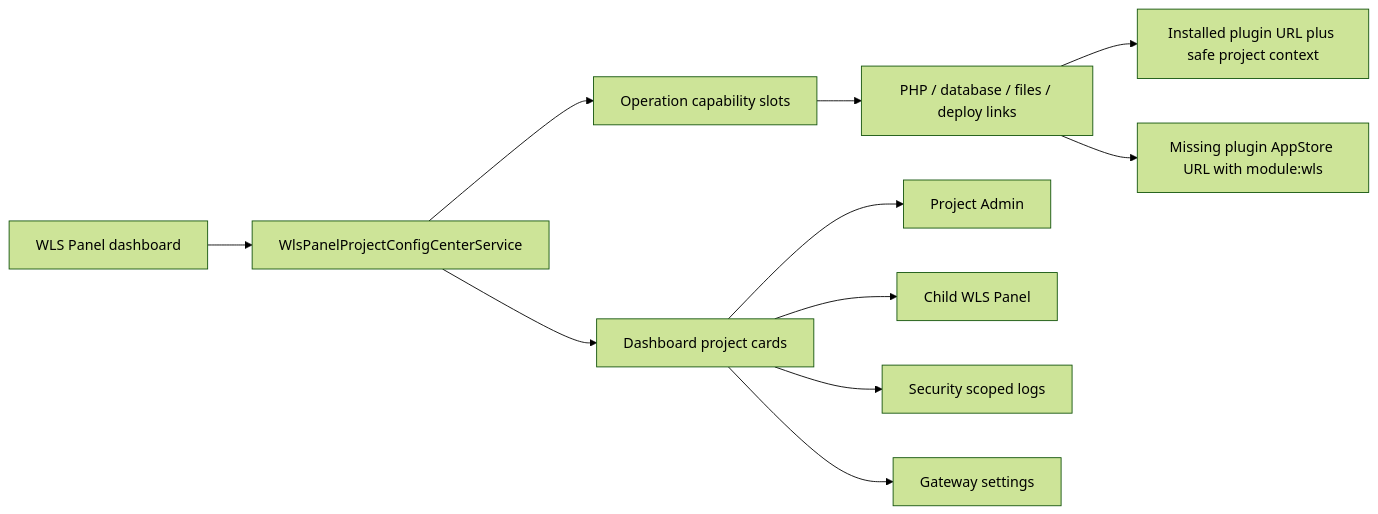
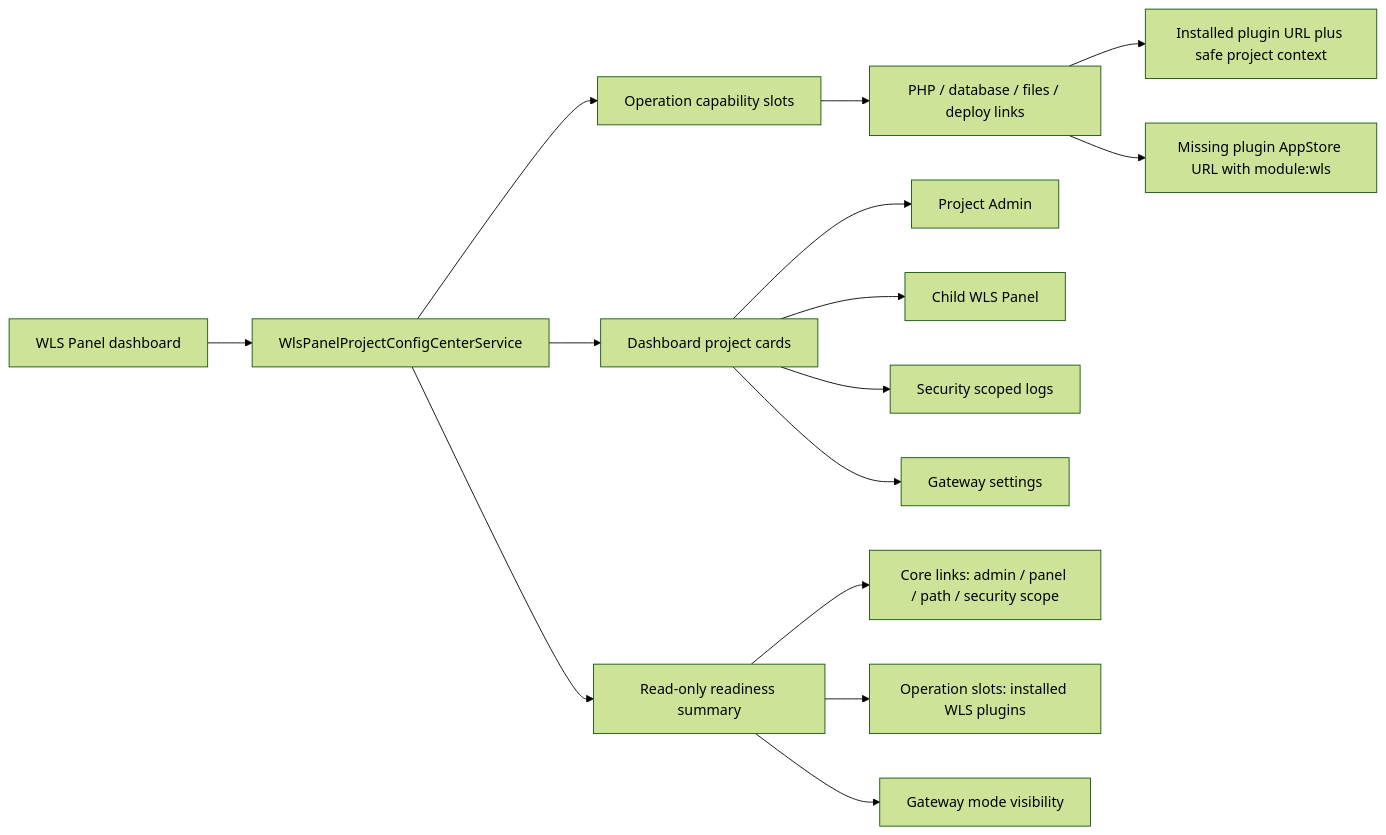
One commit to Aiweline/WelineFramework changed diagram 29 of 38 in app/code/Weline/Server/doc/wls-panel-plan/10-prototype.md. Above: the diagram before and after it, drawn with Mermaid (forest theme). The commit also changed other lines of this file and 225 other files, not shown here.

````diff
--- a/app/code/Weline/Server/doc/wls-panel-plan/10-prototype.md
+++ b/app/code/Weline/Server/doc/wls-panel-plan/10-prototype.md
@@ -1452,13 +1491,17 @@
 ```mermaid
 flowchart LR
   A["WLS Panel dashboard"] --> B["WlsPanelProjectConfigCenterService"]
   B --> C["Dashboard project cards"]
   B --> D["Operation capability slots"]
+  B --> R["Read-only readiness summary"]
   D --> E["PHP / database / files / deploy links"]
   C --> F["Project Admin"]
   C --> G["Child WLS Panel"]
   C --> H["Security scoped logs"]
   C --> I["Gateway settings"]
+  R --> R1["Core links: admin / panel / path / security scope"]
+  R --> R2["Operation slots: installed WLS plugins"]
+  R --> R3["Gateway mode visibility"]
   E --> J["Installed plugin URL plus safe project context"]
   E --> K["Missing plugin AppStore URL with module:wls"]
 ```
````
